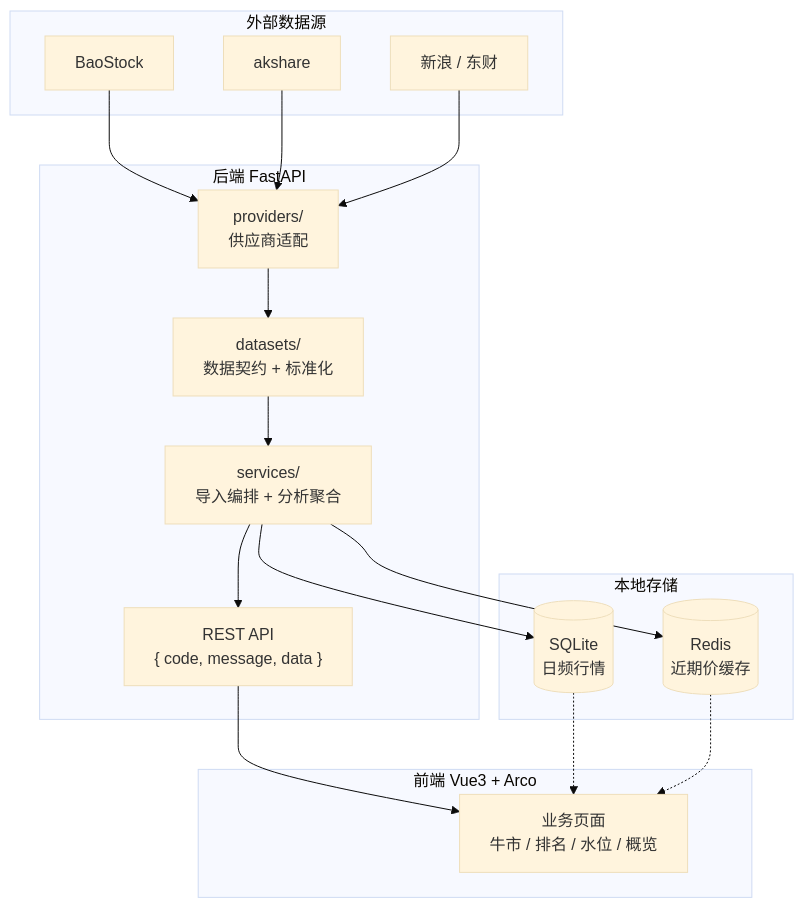
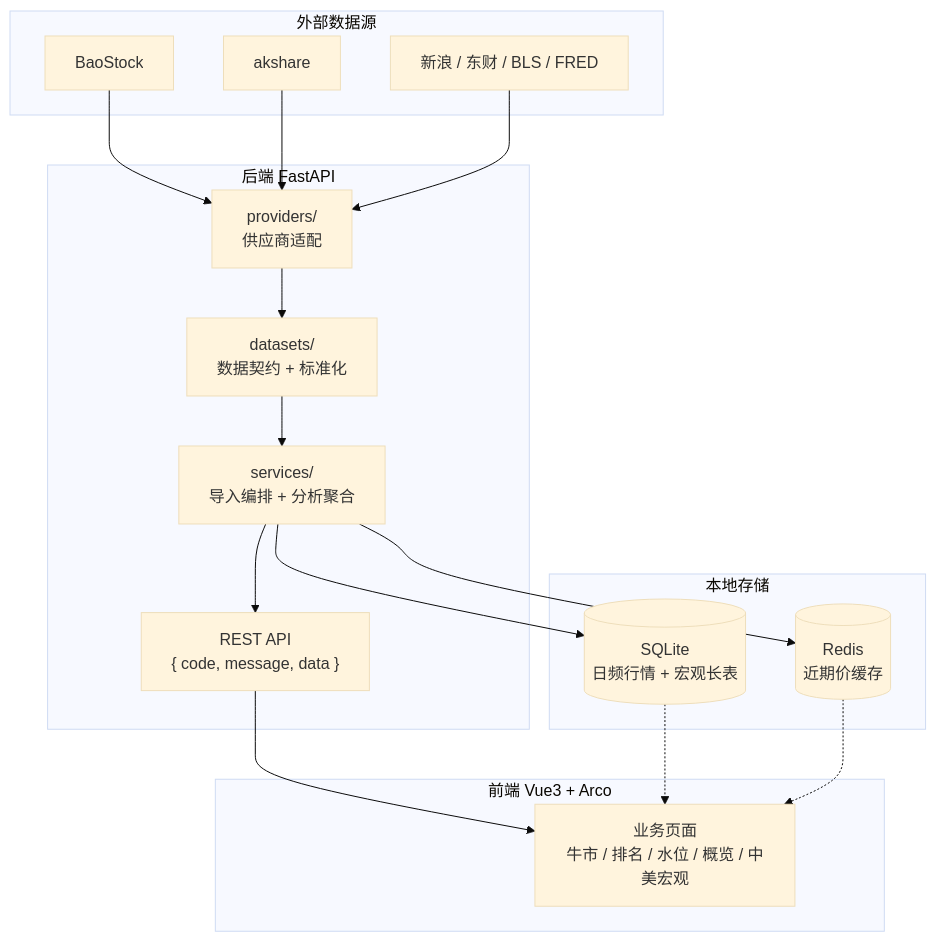
One commit to gunerguner/Astock changed the diagram in README.md. Above: the diagram before and after it, drawn with Mermaid (base theme). The commit also changed other lines of this file and 3 other files, not shown here.

````diff
--- a/README.md
+++ b/README.md
@@ -31,36 +33,36 @@
 ```mermaid
 flowchart TB
   subgraph sources["外部数据源"]
     bao["BaoStock"]
     ak["akshare"]
-    web["新浪 / 东财"]
+    web["新浪 / 东财 / BLS / FRED"]
   end
 
   subgraph backend["后端 FastAPI"]
     providers["providers/<br/>供应商适配"]
     datasets["datasets/<br/>数据契约 + 标准化"]
     svc["services/<br/>导入编排 + 分析聚合"]
     api["REST API<br/>{ code, message, data }"]
   end
 
   subgraph store["本地存储"]
-    sqlite[("SQLite<br/>日频行情")]
+    sqlite[("SQLite<br/>日频行情 + 宏观长表")]
     redis[("Redis<br/>近期价缓存")]
   end
 
   subgraph frontend["前端 Vue3 + Arco"]
-    pages["业务页面<br/>牛市 / 排名 / 水位 / 概览"]
+    pages["业务页面<br/>牛市 / 排名 / 水位 / 概览 / 中美宏观"]
   end
 
   bao --> providers
   ak --> providers
   web --> providers
   providers --> datasets
   datasets --> svc
   svc --> sqlite
   svc --> redis
   svc --> api
   api --> pages
   sqlite -.-> pages
   redis -.-> pages
 ```
````
